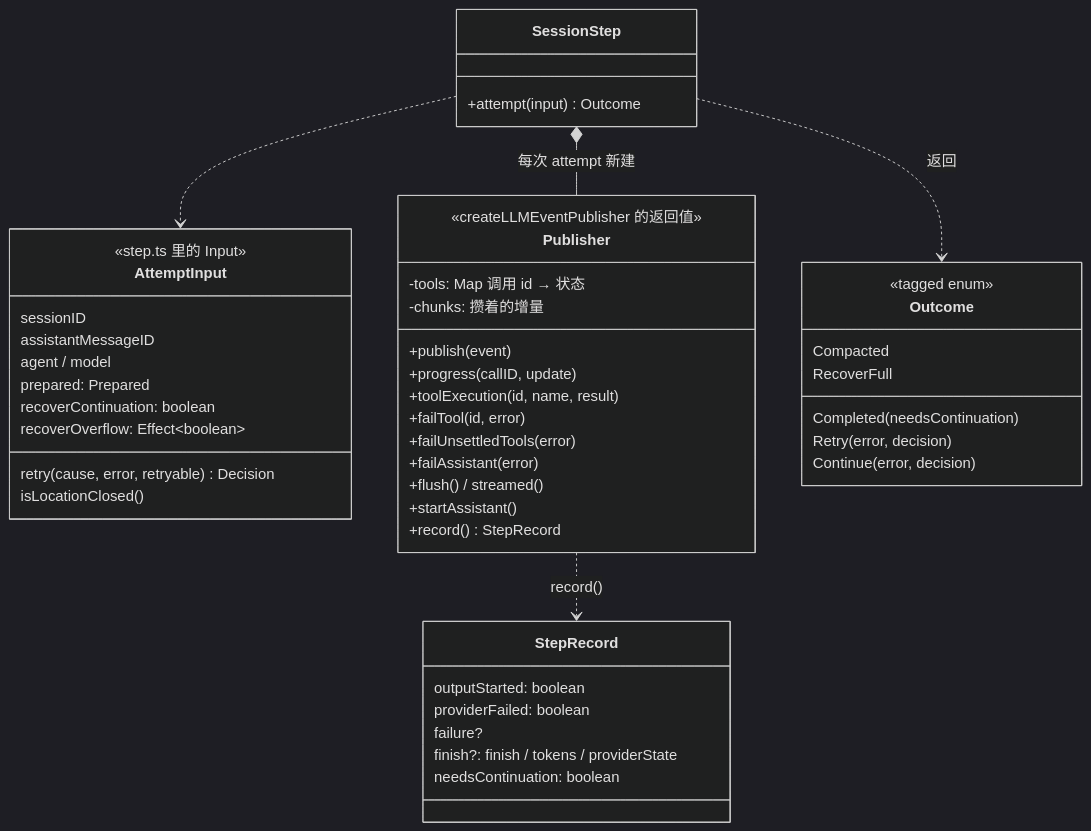
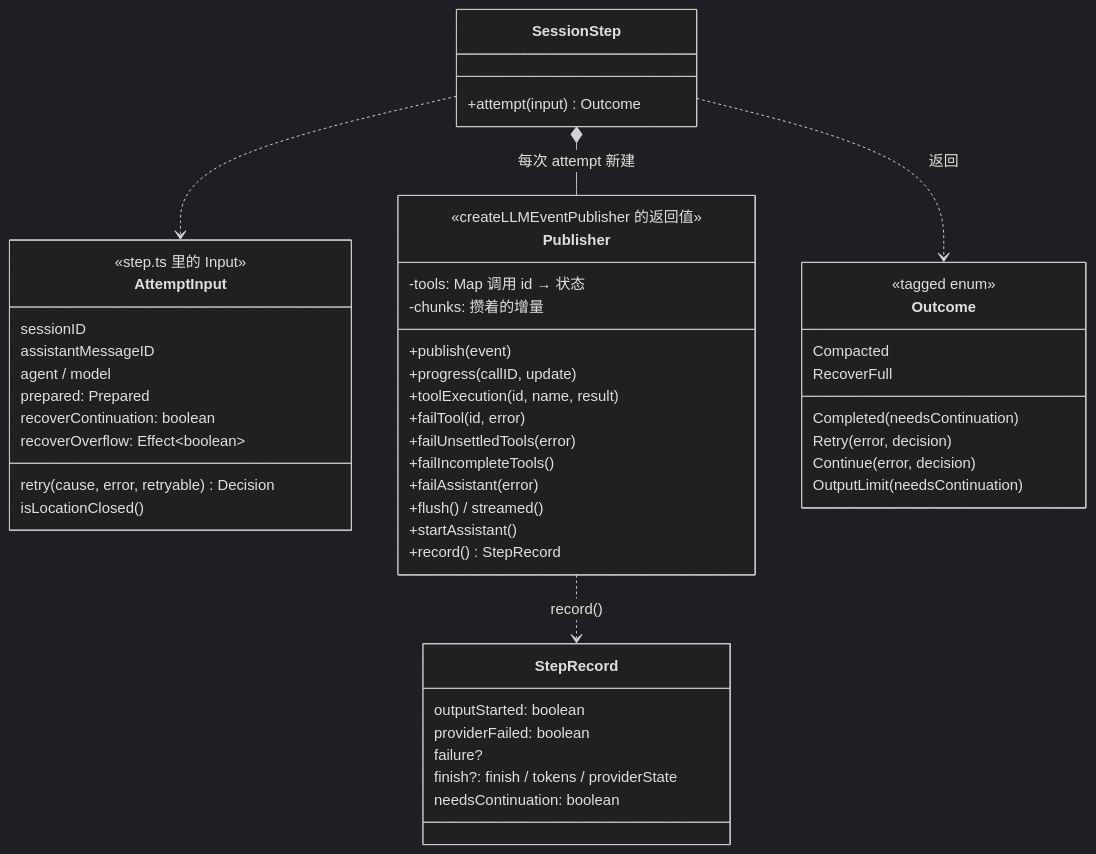
The ninth of 13 diagrams in src/content/post/agents-opencode/index.md (nickqiaoo/nickqiaoo.github.io), drawn with Mermaid (dark theme) before and after one commit. The commit also changed other lines of this file, not shown here.

````diff
--- a/src/content/post/agents-opencode/index.md
+++ b/src/content/post/agents-opencode/index.md
@@ -705,50 +718,52 @@
 ```mermaid
 classDiagram
   class SessionStep {
     +attempt(input) Outcome
   }
   class AttemptInput {
     <<step.ts 里的 Input>>
     sessionID
     assistantMessageID
     agent / model
     prepared: Prepared
     retry(cause, error, retryable) Decision
     recoverContinuation: boolean
     recoverOverflow: Effect~boolean~
     isLocationClosed()
   }
   class Publisher {
     <<createLLMEventPublisher 的返回值>>
     -tools: Map 调用 id → 状态
     -chunks: 攒着的增量
     +publish(event)
     +progress(callID, update)
     +toolExecution(id, name, result)
     +failTool(id, error)
     +failUnsettledTools(error)
+    +failIncompleteTools()
     +failAssistant(error)
     +flush() / streamed()
     +startAssistant()
     +record() StepRecord
   }
   class StepRecord {
     outputStarted: boolean
     providerFailed: boolean
     failure?
     finish?: finish / tokens / providerState
     needsContinuation: boolean
   }
   class Outcome {
     <<tagged enum>>
     Completed(needsContinuation)
     Retry(error, decision)
     Continue(error, decision)
     Compacted
     RecoverFull
+    OutputLimit(needsContinuation)
   }
   SessionStep ..> AttemptInput
   SessionStep *-- Publisher : 每次 attempt 新建
   Publisher ..> StepRecord : record()
   SessionStep ..> Outcome : 返回
 ```
````
